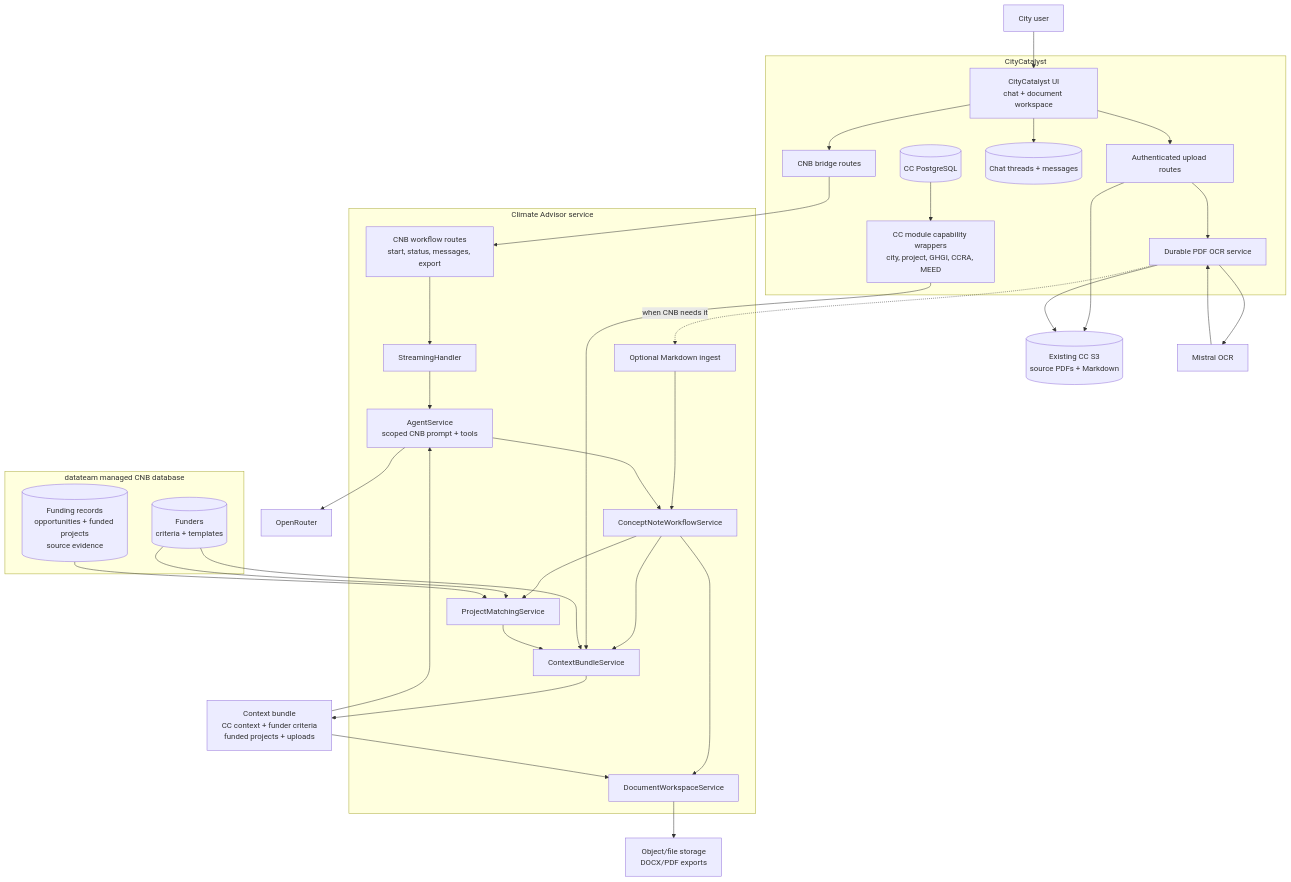
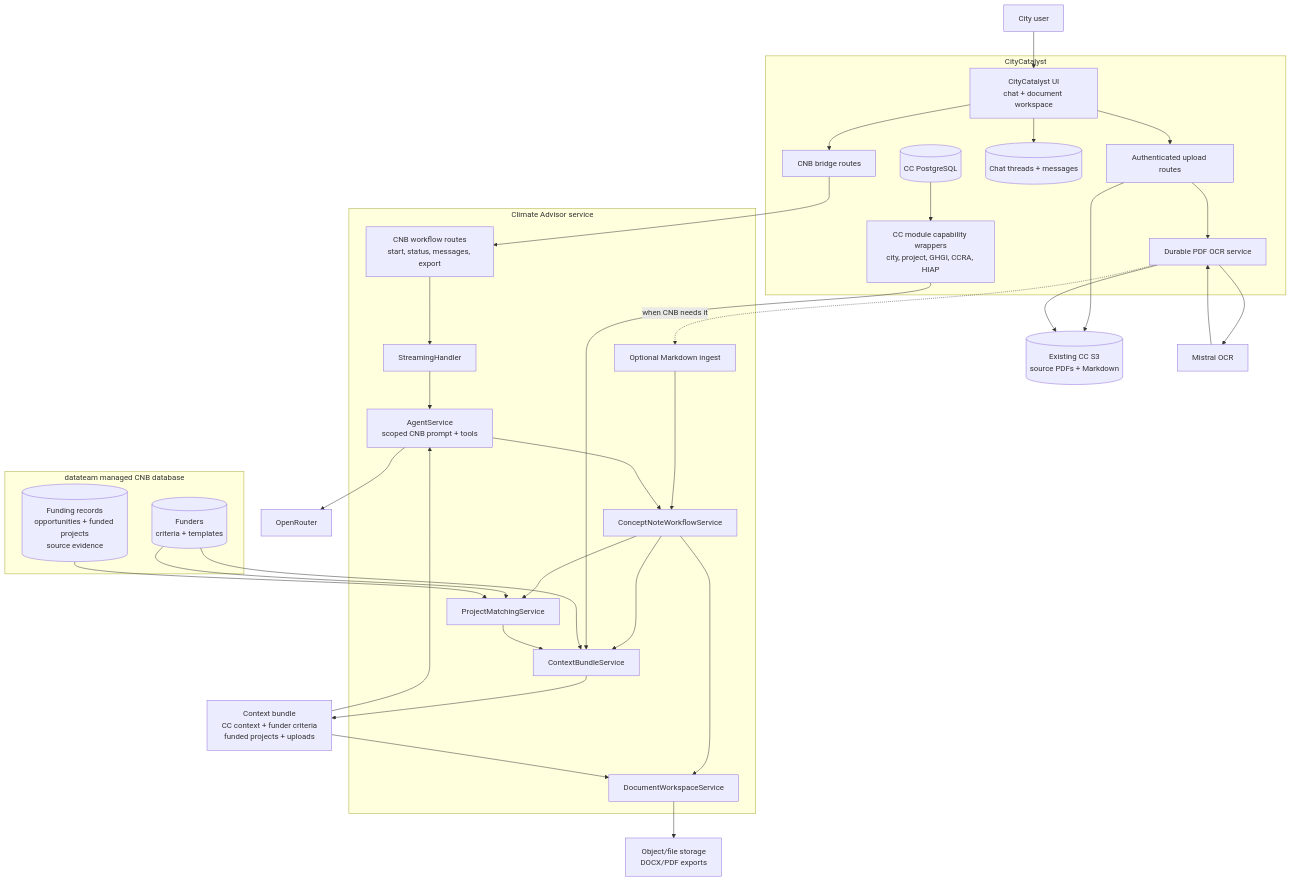
Before and after one commit to Open-Earth-Foundation/CityCatalyst: the first of 14 diagrams in docs/ConceptNoteBuilderArchitecture.md, drawn with Mermaid. The commit also changed other lines of this file and 15 other files, not shown here.

Commit message:
feat: switch CNB context from MEED to HIAP

````diff
--- a/docs/ConceptNoteBuilderArchitecture.md
+++ b/docs/ConceptNoteBuilderArchitecture.md
@@ -75,66 +75,66 @@
 ```mermaid
 flowchart TB
     User["City user"] --> CCUI["CityCatalyst UI<br/>chat + document workspace"]
 
     subgraph CC["CityCatalyst"]
         CCUI
         CCBridge["CNB bridge routes"]
         CCUpload["Authenticated upload routes"]
         CCOCR["Durable PDF OCR service"]
-        CCCaps["CC module capability wrappers<br/>city, project, GHGI, CCRA, MEED"]
+        CCCaps["CC module capability wrappers<br/>city, project, GHGI, CCRA, HIAP"]
         CCChat[("Chat threads + messages")]
         CCData[("CC PostgreSQL")]
     end
 
     CCFiles[("Existing CC S3<br/>source PDFs + Markdown")]
     Mistral["Mistral OCR"]
 
     subgraph CA["Climate Advisor service"]
         CARoutes["CNB workflow routes<br/>start, status, messages, export"]
         MarkdownIngress["Optional Markdown ingest"]
         Stream["StreamingHandler"]
         Agent["AgentService<br/>scoped CNB prompt + tools"]
         CNBService["ConceptNoteWorkflowService"]
         ContextService["ContextBundleService"]
         DocService["DocumentWorkspaceService"]
         MatchService["ProjectMatchingService"]
     end
 
     subgraph CNBDB["datateam managed CNB database"]
         FunderDB[("Funders<br/>criteria + templates")]
         ProjectKB[("Funding records<br/>opportunities + funded projects<br/>source evidence")]
     end
 
     ContextBundle["Context bundle<br/>CC context + funder criteria<br/>funded projects + uploads"]
     OpenRouter["OpenRouter"]
     ExportStore["Object/file storage<br/>DOCX/PDF exports"]
 
     CCUI --> CCBridge
     CCUI --> CCChat
     CCUI --> CCUpload
     CCUpload --> CCFiles
     CCUpload --> CCOCR
     CCOCR --> Mistral
     Mistral --> CCOCR
     CCOCR --> CCFiles
     CCOCR -. "when CNB needs it" .-> MarkdownIngress
     MarkdownIngress --> CNBService
     CCBridge --> CARoutes
     CARoutes --> Stream
     Stream --> Agent
     Agent --> CNBService
     CNBService --> ContextService
     CNBService --> DocService
     CNBService --> MatchService
     CCData --> CCCaps
     CCCaps --> ContextService
     FunderDB --> ContextService
     FunderDB --> MatchService
     ProjectKB --> MatchService
     MatchService --> ContextService
     ContextService --> ContextBundle
     ContextBundle --> Agent
     ContextBundle --> DocService
     DocService --> ExportStore
     Agent --> OpenRouter
 ```
````
